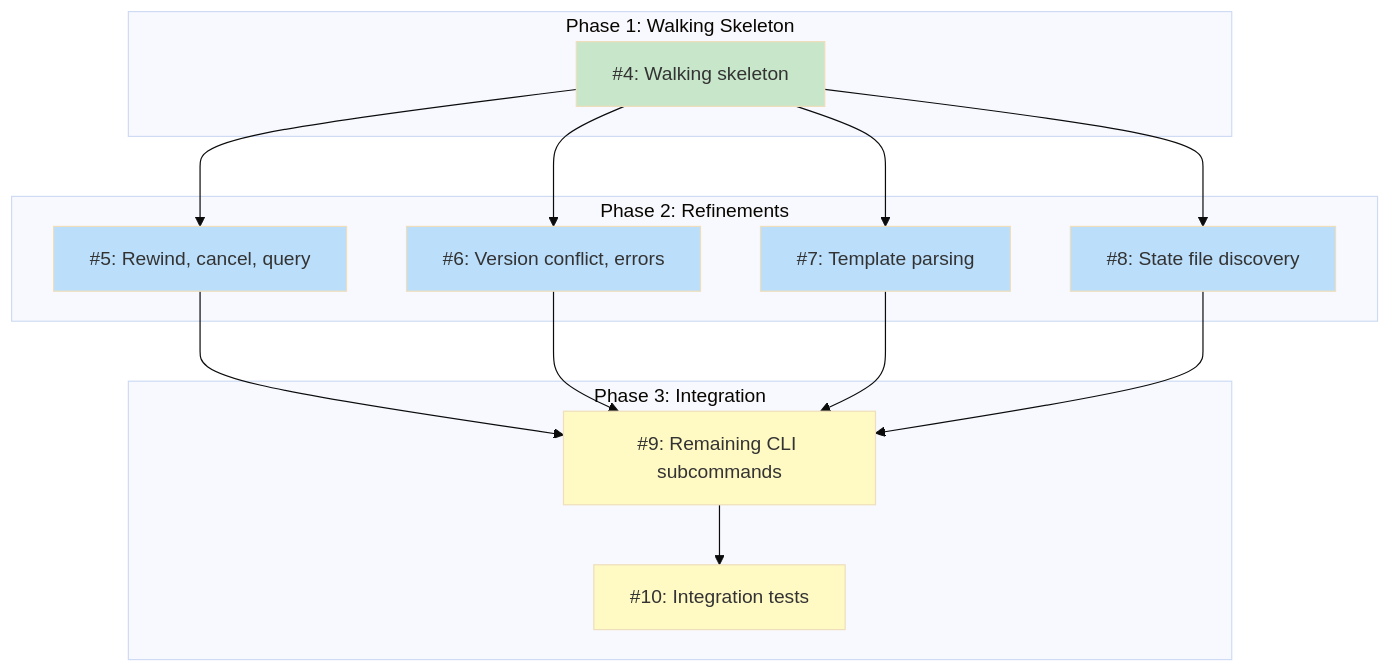
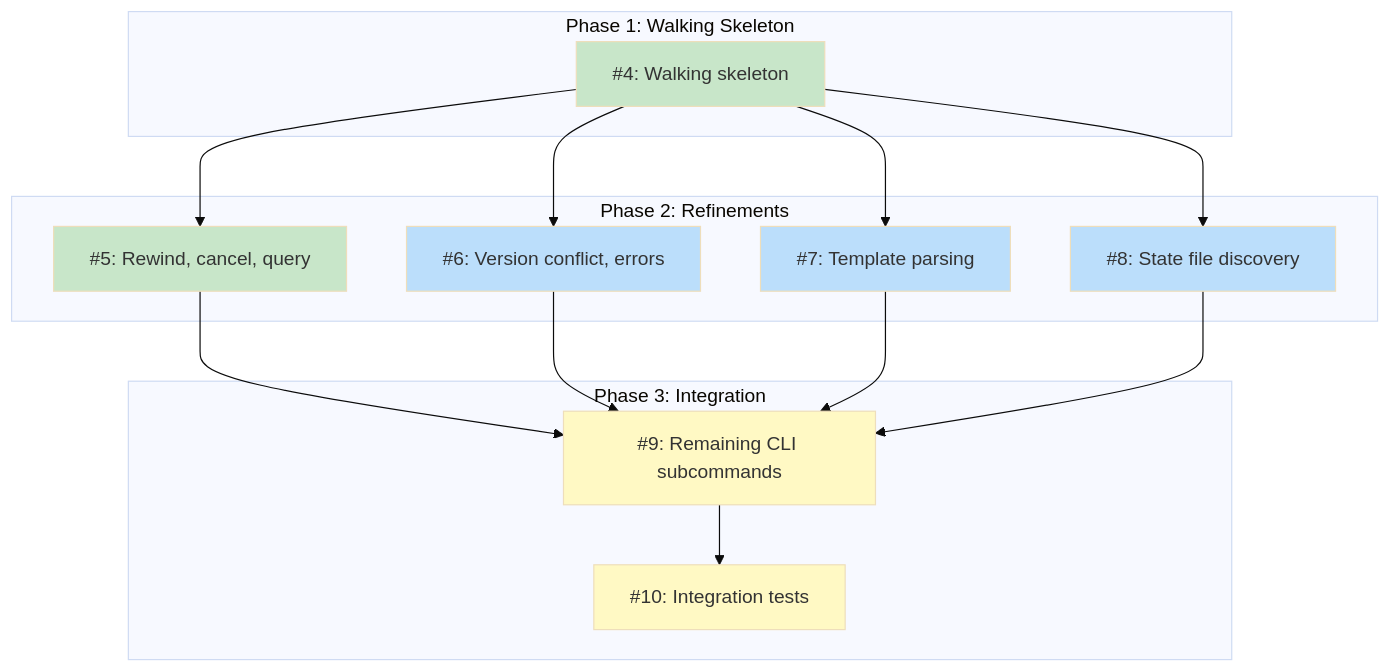
One commit to tsukumogami/koto changed the diagram in docs/designs/DESIGN-koto-engine.md. Above: the diagram before and after it, drawn with Mermaid (base theme). The commit also changed other lines of this file and 1 other file, not shown here.

Commit message:
docs(koto-engine): mark #5 complete, update diagram

````diff
--- a/docs/designs/DESIGN-koto-engine.md
+++ b/docs/designs/DESIGN-koto-engine.md
@@ -58,38 +58,38 @@
 ```mermaid
 graph TD
     subgraph Phase1["Phase 1: Walking Skeleton"]
         I4["#4: Walking skeleton"]
     end
 
     subgraph Phase2["Phase 2: Refinements"]
         I5["#5: Rewind, cancel, query"]
         I6["#6: Version conflict, errors"]
         I7["#7: Template parsing"]
         I8["#8: State file discovery"]
     end
 
     subgraph Phase3["Phase 3: Integration"]
         I9["#9: Remaining CLI subcommands"]
         I10["#10: Integration tests"]
     end
 
     I4 --> I5
     I4 --> I6
     I4 --> I7
     I4 --> I8
     I5 --> I9
     I6 --> I9
     I7 --> I9
     I8 --> I9
     I9 --> I10
 
     classDef done fill:#c8e6c9
     classDef ready fill:#bbdefb
     classDef blocked fill:#fff9c4
     classDef needsDesign fill:#e1bee7
     classDef tracksDesign fill:#FFE0B2,stroke:#F57C00,color:#000
 
-    class I4 done
-    class I5,I6,I7,I8 ready
+    class I4,I5 done
+    class I6,I7,I8 ready
     class I9,I10 blocked
 ```
````
